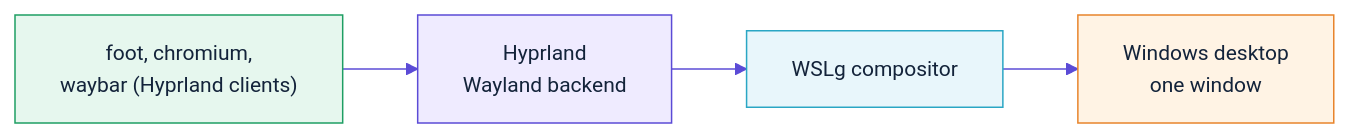
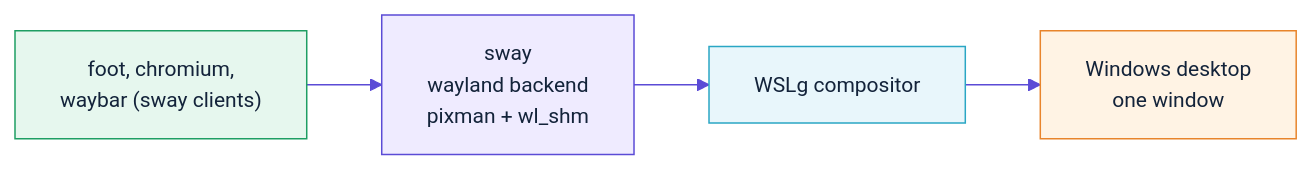
Before and after one commit to clarenceb/omarchy-wsl2: the second of 4 diagrams in docs/03-modes.md, drawn with Mermaid. The commit also changed other lines of this file and 8 other files, not shown here.

````diff
--- a/docs/03-modes.md
+++ b/docs/03-modes.md
@@ -145,12 +162,12 @@
 ```mermaid
 %%{init: {'theme':'base','themeVariables':{'primaryColor':'#E8F6FB','primaryTextColor':'#13233A','primaryBorderColor':'#2AA6C4','lineColor':'#5B4BD6','fontSize':'14px'}}}%%
 flowchart LR
-    A["foot, chromium,<br/>waybar (Hyprland clients)"] --> B["Hyprland<br/>Wayland backend"]
+    A["foot, chromium,<br/>waybar (sway clients)"] --> B["sway<br/>wayland backend<br/>pixman + wl_shm"]
     B --> C["WSLg compositor"]
     C --> D["Windows desktop<br/>one window"]
 
     style A fill:#E6F7EE,stroke:#1E9E63,color:#13233A
     style B fill:#EFEBFF,stroke:#5B4BD6,color:#13233A
     style C fill:#E8F6FB,stroke:#2AA6C4,color:#13233A
     style D fill:#FFF3E4,stroke:#E8842B,color:#13233A
 ```
````
